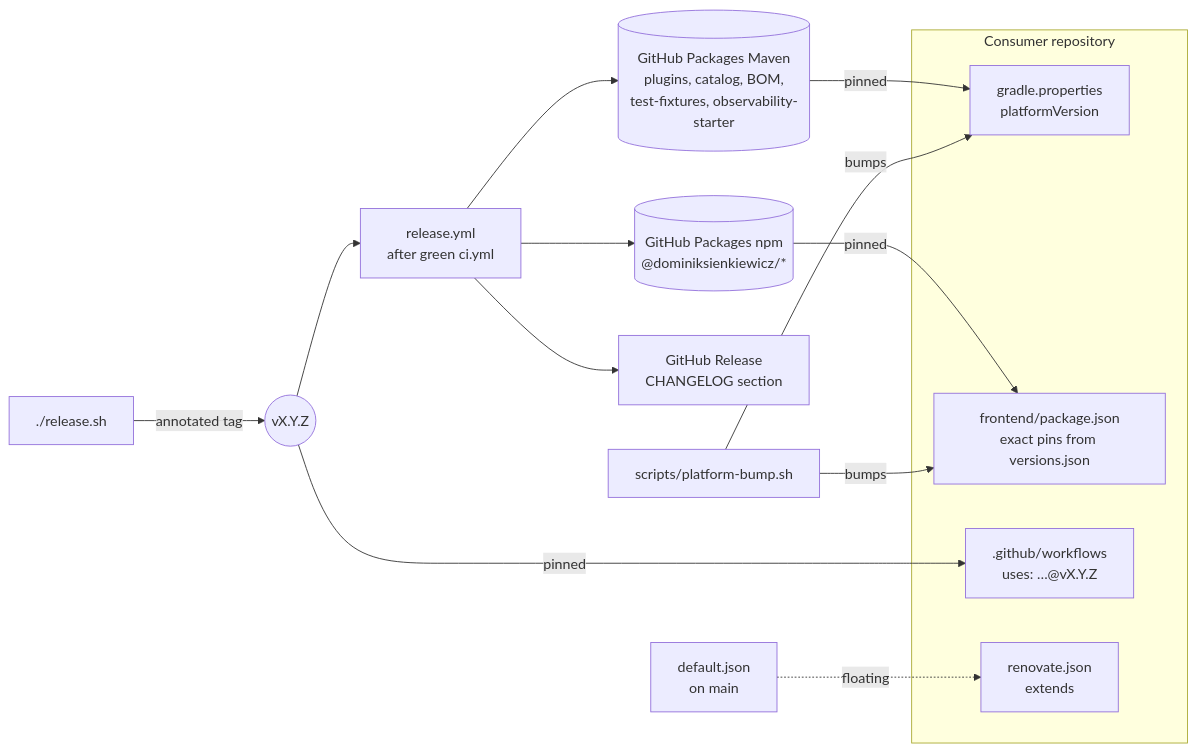
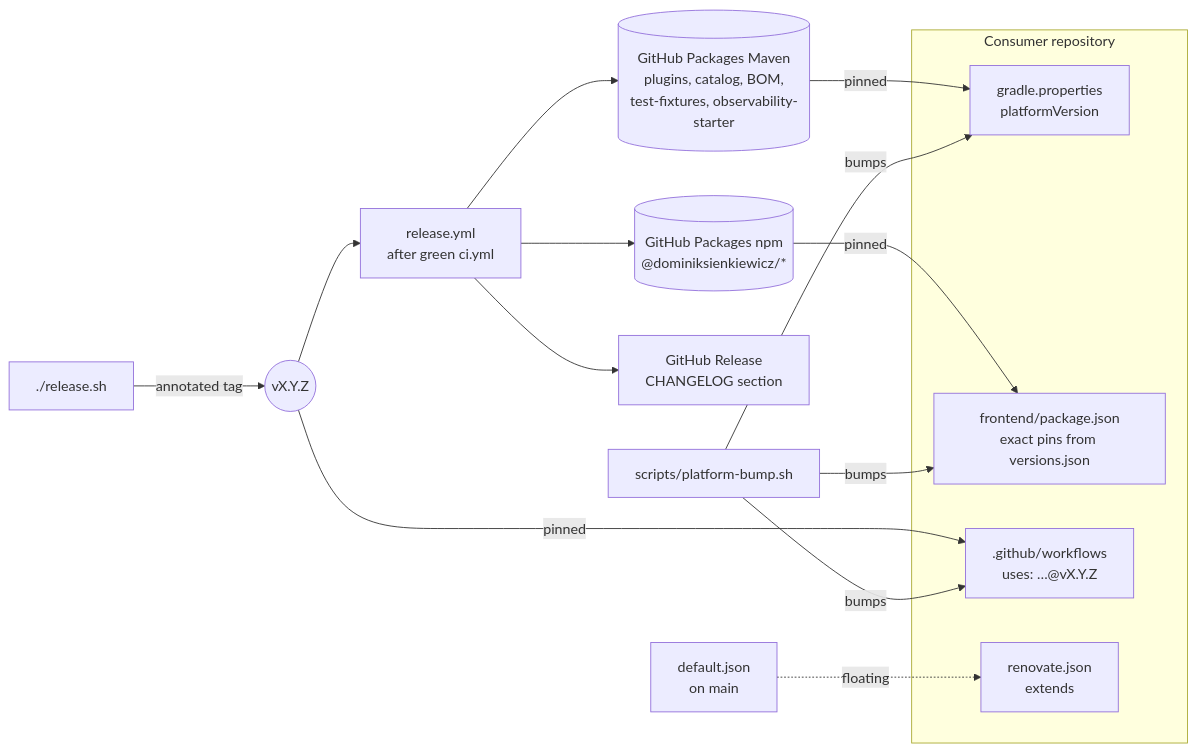
Before and after one commit to DominikSienkiewicz/Platform: the second of 5 diagrams in README.md, drawn with Mermaid. The commit also changed other lines of this file and 1 other file, not shown here.

First line of the commit message:
docs(readme): add composition, release and integrations diagrams

````diff
--- a/README.md
+++ b/README.md
@@ -121,24 +165,25 @@
 ```mermaid
 flowchart LR
   release["./release.sh"] -->|annotated tag| tag(("vX.Y.Z"))
   tag --> workflow["release.yml<br/>after green ci.yml"]
   workflow --> maven[("GitHub Packages Maven<br/>plugins, catalog, BOM,<br/>test-fixtures, observability-starter")]
   workflow --> npm[("GitHub Packages npm<br/>@dominiksienkiewicz/*")]
   workflow --> notes["GitHub Release<br/>CHANGELOG section"]
 
   preset["default.json<br/>on main"]
 
   subgraph consumer["Consumer repository"]
     gradlePins["gradle.properties<br/>platformVersion"]
     npmPins["frontend/package.json<br/>exact pins from versions.json"]
     callers[".github/workflows<br/>uses: …@vX.Y.Z"]
     renovate["renovate.json<br/>extends"]
   end
 
   maven -->|pinned| gradlePins
   npm -->|pinned| npmPins
   tag -->|pinned| callers
   preset -.->|floating| renovate
   bump["scripts/platform-bump.sh"] -->|bumps| gradlePins
   bump -->|bumps| npmPins
+  bump -->|bumps| callers
 ```
````
